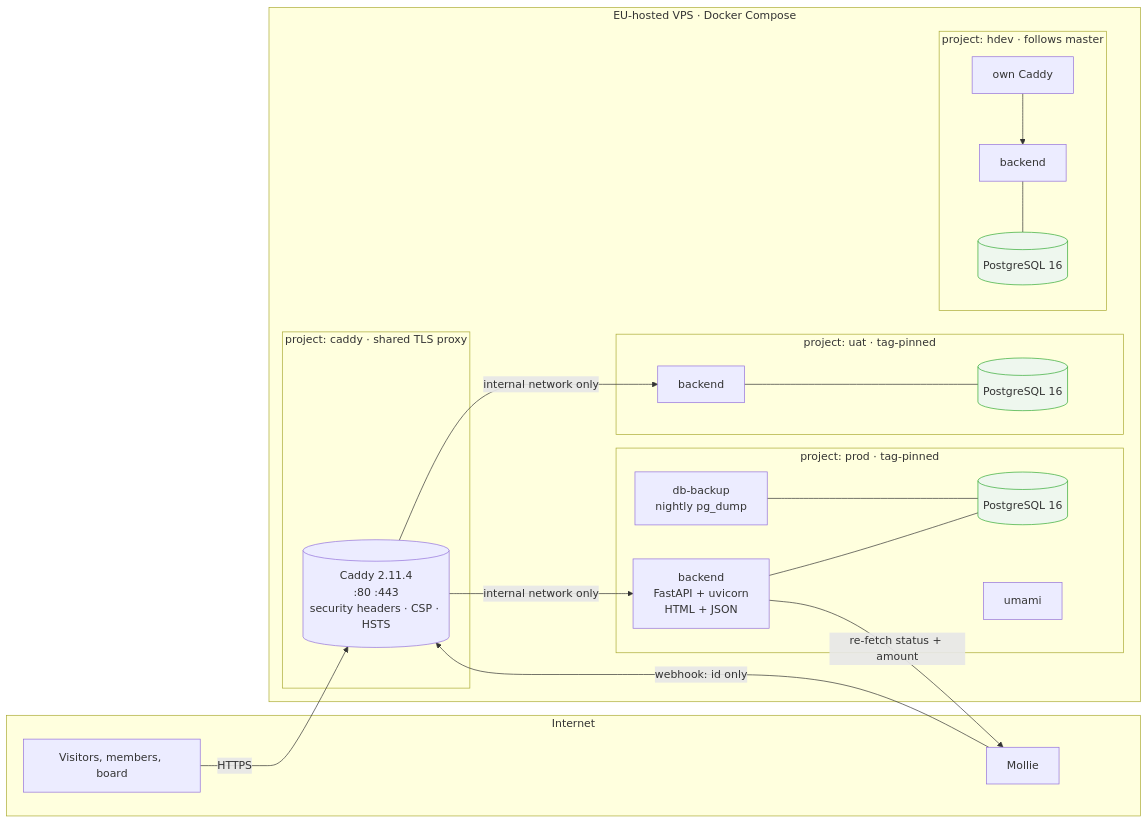
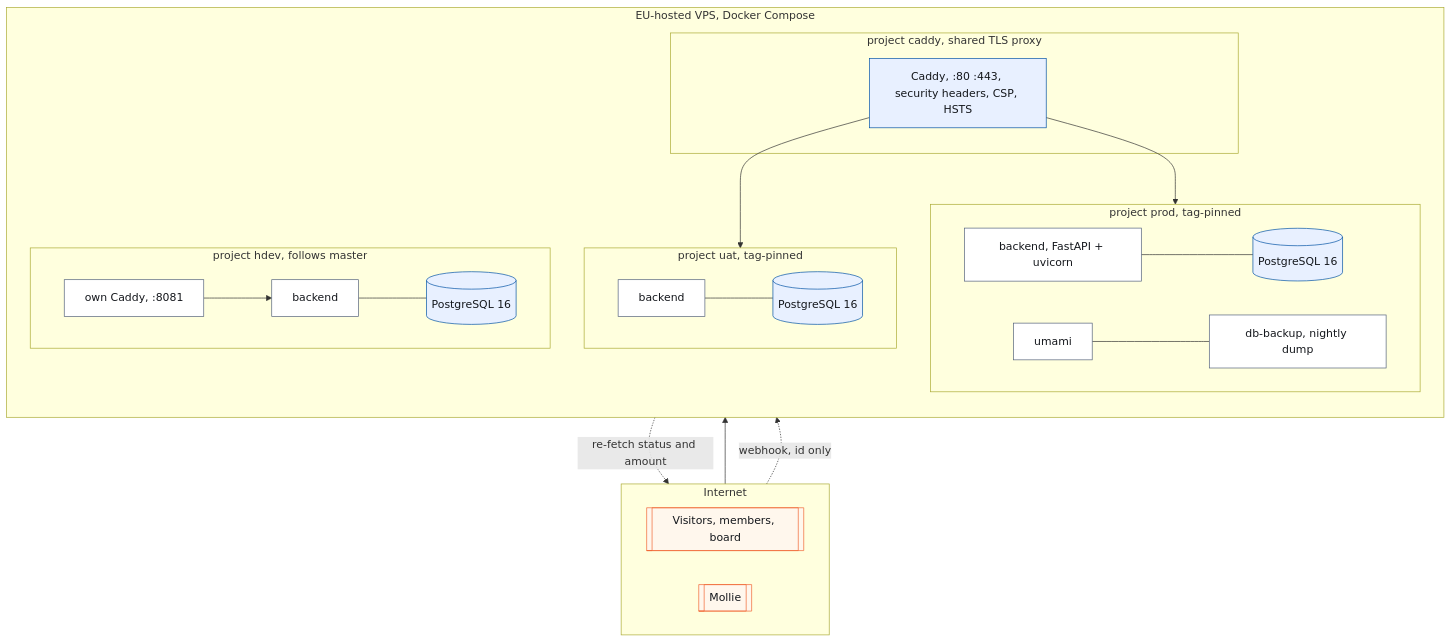
Diagram 11 of 28 in docs/architecture.md (KoenRenders/KoenTest), drawn with Mermaid before and after one commit. The commit also changed other lines of this file and 71 other files, not shown here.

First line of the commit message:
docs: the restructured architecture document replaces docs/architecture.md

````diff
--- a/docs/architecture.md
+++ b/docs/architecture.md
@@ -72,38 +487,38 @@
 ```mermaid
-flowchart LR
-  subgraph Internet
-    U[Visitors, members, board]
-    M[Mollie]
+flowchart TB
+  subgraph NET["Internet"]
+    direction LR
+    U[["Visitors, members, board"]]
+    MO[["Mollie"]]
   end
-  subgraph Host["EU-hosted VPS · Docker Compose"]
-    subgraph Shared["project: caddy · shared TLS proxy"]
-      C[("Caddy 2.11.4<br/>:80 :443<br/>security headers · CSP · HSTS")]
+  subgraph HOST["EU-hosted VPS, Docker Compose"]
+    direction TB
+    subgraph SHARED["project caddy, shared TLS proxy"]
+      C["Caddy, :80 :443, security headers, CSP, HSTS"]
     end
-    subgraph PROD["project: prod · tag-pinned"]
-      PB[backend<br/>FastAPI + uvicorn<br/>HTML + JSON]
-      PD[(PostgreSQL 16)]
-      PU[umami]
-      PK[db-backup<br/>nightly pg_dump]
-      PB --- PD
-      PK --- PD
+    subgraph PROD["project prod, tag-pinned"]
+      direction LR
+      PB["backend, FastAPI + uvicorn"] --- PD[("PostgreSQL 16")]
+      PU["umami"] --- PK["db-backup, nightly dump"]
     end
-    subgraph UAT["project: uat · tag-pinned"]
-      UB[backend]
-      UD[(PostgreSQL 16)]
-      UB --- UD
+    subgraph UAT["project uat, tag-pinned"]
+      direction LR
+      UB["backend"] --- UD[("PostgreSQL 16")]
     end
-    subgraph HDEV["project: hdev · follows master"]
-      HC[own Caddy]
-      HB[backend]
-      HD[(PostgreSQL 16)]
-      HC --> HB --- HD
+    subgraph HDEV["project hdev, follows master"]
+      direction LR
+      HC["own Caddy, :8081"] --> HB["backend"] --- HD[("PostgreSQL 16")]
     end
   end
-  U -->|HTTPS| C
-  C -->|internal network only| PB
-  C -->|internal network only| UB
-  M -->|webhook: id only| C
-  PB -->|re-fetch status + amount| M
-  classDef db fill:#eef7ee,stroke:#3a3;
-  class PD,UD,HD db
+  U --> C
+  C --> PB
+  C --> UB
+  MO -. "webhook, id only" .-> C
+  PB -. "re-fetch status and amount" .-> MO
+  classDef kernel fill:#e8f0ff,stroke:#0051a4,color:#14171c;
+  classDef domain fill:#ffffff,stroke:#52607a,color:#14171c;
+  classDef external fill:#fff7ed,stroke:#f16532,color:#14171c;
+  class C,PD,UD,HD kernel
+  class PB,UB,HB,HC,PU,PK domain
+  class U,MO external
 ```
````
